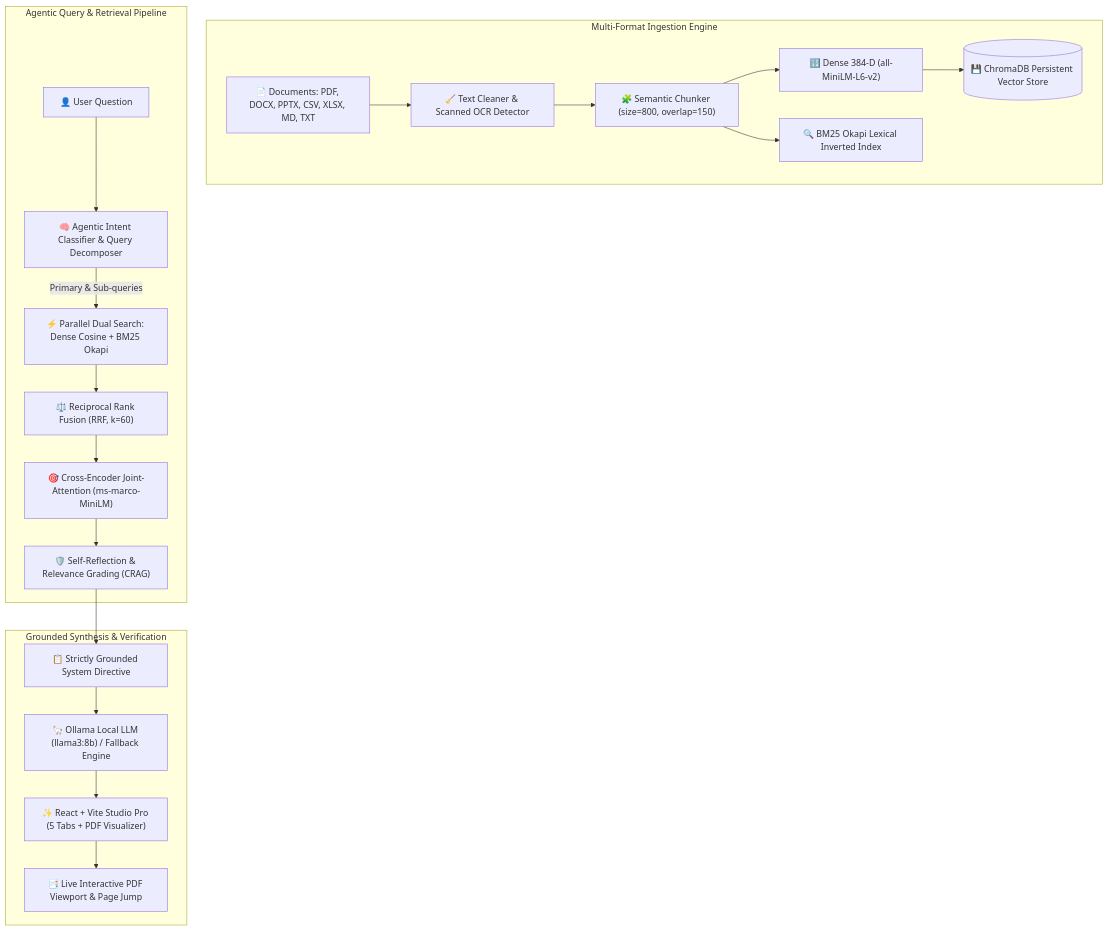
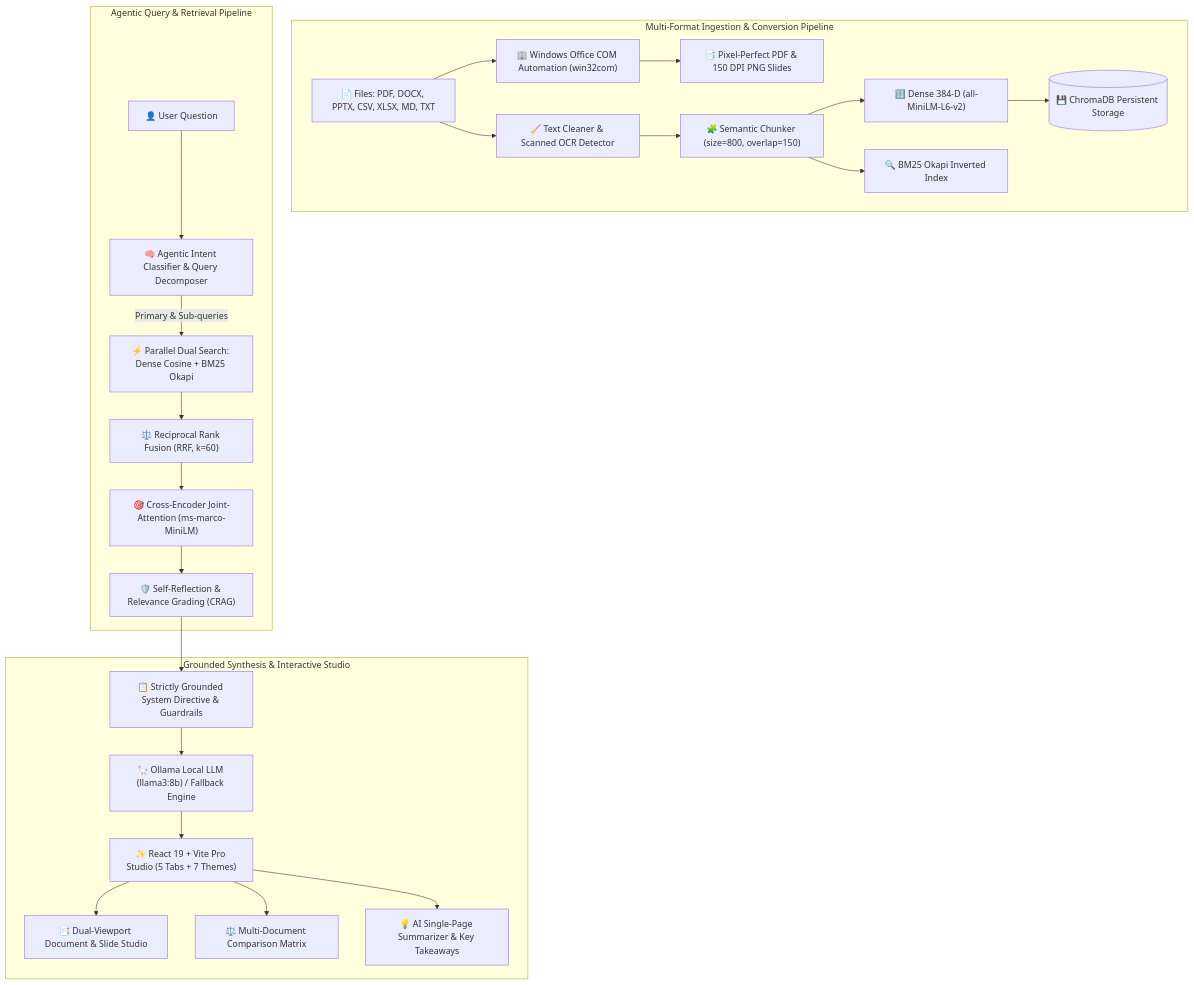
The diagram in PRESENTATION.md (Ahmad-Salah-22/RAG-Powered-Document-Assistant-), drawn with Mermaid before and after one commit. The commit also changed other lines of this file and 3 other files, not shown here.

````diff
--- a/PRESENTATION.md
+++ b/PRESENTATION.md
@@ -58,25 +61,29 @@
 ```mermaid
 flowchart TD
-    subgraph Multi-Format Ingestion Engine
-        Docs["📄 Documents: PDF, DOCX, PPTX, CSV, XLSX, MD, TXT"] --> Parser["🧹 Text Cleaner & Scanned OCR Detector"]
+    subgraph Multi-Format Ingestion & Conversion Pipeline
+        Docs["📄 Files: PDF, DOCX, PPTX, CSV, XLSX, MD, TXT"] --> COM["🏢 Windows Office COM Automation (win32com)"]
+        COM --> RealPDF["📑 Pixel-Perfect PDF & 150 DPI PNG Slides"]
+        Docs --> Parser["🧹 Text Cleaner & Scanned OCR Detector"]
         Parser --> Chunker["🧩 Semantic Chunker (size=800, overlap=150)"]
         Chunker --> Embeddings["🔢 Dense 384-D (all-MiniLM-L6-v2)"]
-        Chunker --> LexicalIndex["🔍 BM25 Okapi Lexical Inverted Index"]
-        Embeddings --> ChromaDB[("💾 ChromaDB Persistent Vector Store")]
+        Chunker --> LexicalIndex["🔍 BM25 Okapi Inverted Index"]
+        Embeddings --> ChromaDB[("💾 ChromaDB Persistent Storage")]
     end
 
     subgraph Agentic Query & Retrieval Pipeline
         Query["👤 User Question"] --> Router["🧠 Agentic Intent Classifier & Query Decomposer"]
         Router -->|Primary & Sub-queries| DualSearch["⚡ Parallel Dual Search: Dense Cosine + BM25 Okapi"]
         DualSearch --> RRF["⚖️ Reciprocal Rank Fusion (RRF, k=60)"]
         RRF --> ReRanker["🎯 Cross-Encoder Joint-Attention (ms-marco-MiniLM)"]
         ReRanker --> CRAG["🛡️ Self-Reflection & Relevance Grading (CRAG)"]
     end
 
-    subgraph Grounded Synthesis & Verification
-        CRAG --> Prompt["📋 Strictly Grounded System Directive"]
+    subgraph Grounded Synthesis & Interactive Studio
+        CRAG --> Prompt["📋 Strictly Grounded System Directive & Guardrails"]
         Prompt --> Ollama["🦙 Ollama Local LLM (llama3:8b) / Fallback Engine"]
-        Ollama --> UI["✨ React + Vite Studio Pro (5 Tabs + PDF Visualizer)"]
-        UI --> PDFViewer["📑 Live Interactive PDF Viewport & Page Jump"]
+        Ollama --> UI["✨ React 19 + Vite Pro Studio (5 Tabs + 7 Themes)"]
+        UI --> VisualViewer["📑 Dual-Viewport Document & Slide Studio"]
+        UI --> Matrix["⚖️ Multi-Document Comparison Matrix"]
+        UI --> Summarizer["💡 AI Single-Page Summarizer & Key Takeaways"]
     end
 ```
````
